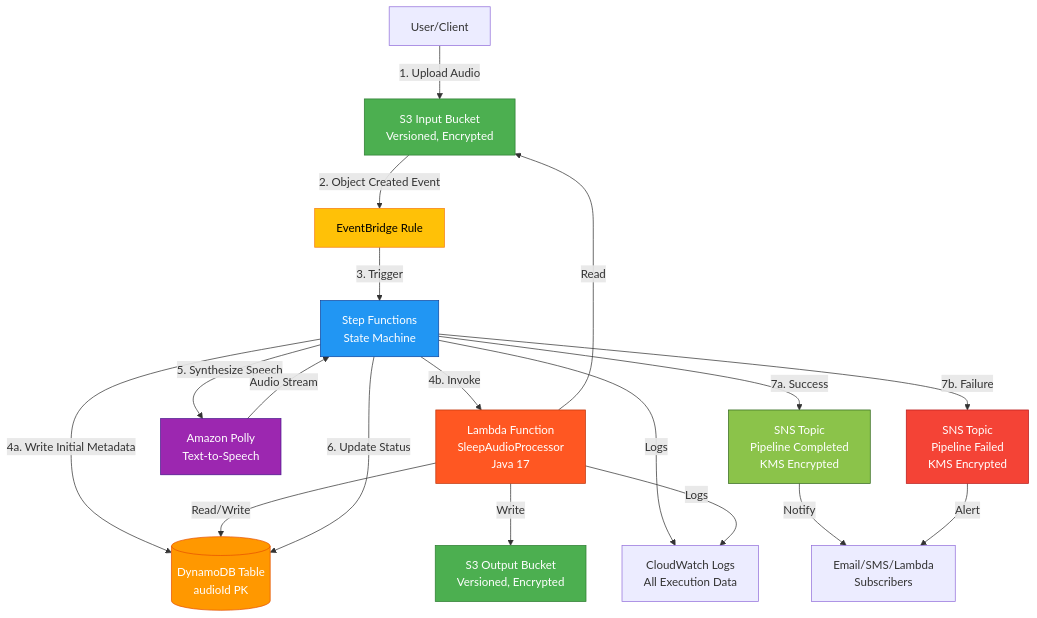
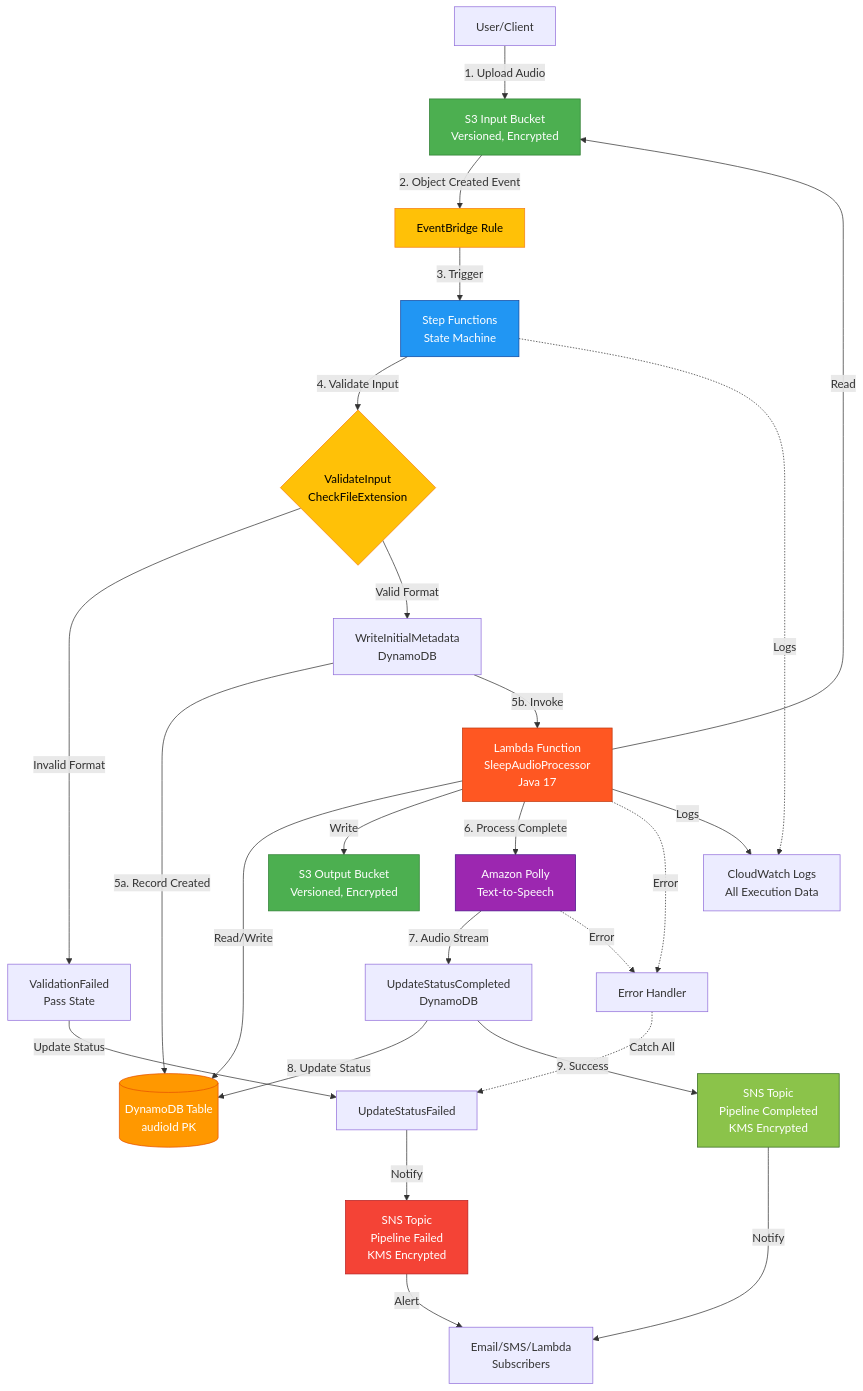
Before and after one commit to obstreperous-ai/cdk-sleep-java-qdev: the diagram in ARCHITECTURE.md, drawn with Mermaid. The commit also changed other lines of this file and 3 other files, not shown here.

Commit message:
[skip ci] feat: implement Issue #8 - complete pipeline wiring with input validation (TDD)

````diff
--- a/ARCHITECTURE.md
+++ b/ARCHITECTURE.md
@@ -9,35 +9,45 @@
 ```mermaid
 graph TB
     User[User/Client] -->|1. Upload Audio| InputBucket[S3 Input Bucket<br/>Versioned, Encrypted]
     InputBucket -->|2. Object Created Event| EventBridge[EventBridge Rule]
     EventBridge -->|3. Trigger| StateMachine[Step Functions<br/>State Machine]
     
-    StateMachine -->|4a. Write Initial Metadata| DynamoDB[(DynamoDB Table<br/>audioId PK)]
-    StateMachine -->|4b. Invoke| Lambda[Lambda Function<br/>SleepAudioProcessor<br/>Java 17]
+    StateMachine -->|4. Validate Input| Validation{ValidateInput<br/>CheckFileExtension}
+    Validation -->|Invalid Format| ValidationError[ValidationFailed<br/>Pass State]
+    ValidationError -->|Update Status| DynamoFailed[UpdateStatusFailed]
+    DynamoFailed -->|Notify| FailureSNS[SNS Topic<br/>Pipeline Failed<br/>KMS Encrypted]
+    
+    Validation -->|Valid Format| PutMetadata[WriteInitialMetadata<br/>DynamoDB]
+    PutMetadata -->|5a. Record Created| DynamoDB[(DynamoDB Table<br/>audioId PK)]
+    PutMetadata -->|5b. Invoke| Lambda[Lambda Function<br/>SleepAudioProcessor<br/>Java 17]
     Lambda -->|Read/Write| DynamoDB
     Lambda -->|Read| InputBucket
     Lambda -->|Write| OutputBucket[S3 Output Bucket<br/>Versioned, Encrypted]
     
-    StateMachine -->|5. Synthesize Speech| Polly[Amazon Polly<br/>Text-to-Speech]
-    Polly -->|Audio Stream| StateMachine
+    Lambda -->|6. Process Complete| Polly[Amazon Polly<br/>Text-to-Speech]
+    Polly -->|7. Audio Stream| UpdateComplete[UpdateStatusCompleted<br/>DynamoDB]
     
-    StateMachine -->|6. Update Status| DynamoDB
-    StateMachine -->|7a. Success| SuccessSNS[SNS Topic<br/>Pipeline Completed<br/>KMS Encrypted]
-    StateMachine -->|7b. Failure| FailureSNS[SNS Topic<br/>Pipeline Failed<br/>KMS Encrypted]
+    UpdateComplete -->|8. Update Status| DynamoDB
+    UpdateComplete -->|9. Success| SuccessSNS[SNS Topic<br/>Pipeline Completed<br/>KMS Encrypted]
     
-    StateMachine -->|Logs| CloudWatch[CloudWatch Logs<br/>All Execution Data]
+    Lambda -.->|Error| ErrorPath[Error Handler]
+    Polly -.->|Error| ErrorPath
+    ErrorPath -.->|Catch All| DynamoFailed
+    
+    StateMachine -.->|Logs| CloudWatch[CloudWatch Logs<br/>All Execution Data]
     Lambda -->|Logs| CloudWatch
     
     SuccessSNS -->|Notify| Subscribers[Email/SMS/Lambda<br/>Subscribers]
     FailureSNS -->|Alert| Subscribers
     
     style InputBucket fill:#4CAF50,stroke:#2E7D32,color:#fff
     style OutputBucket fill:#4CAF50,stroke:#2E7D32,color:#fff
     style DynamoDB fill:#FF9800,stroke:#E65100,color:#fff
     style StateMachine fill:#2196F3,stroke:#0D47A1,color:#fff
+    style Validation fill:#FFC107,stroke:#F57F17,color:#000
     style Lambda fill:#FF5722,stroke:#BF360C,color:#fff
     style Polly fill:#9C27B0,stroke:#4A148C,color:#fff
     style SuccessSNS fill:#8BC34A,stroke:#33691E,color:#fff
     style FailureSNS fill:#F44336,stroke:#B71C1C,color:#fff
     style EventBridge fill:#FFC107,stroke:#F57F17,color:#000
 ```
````
